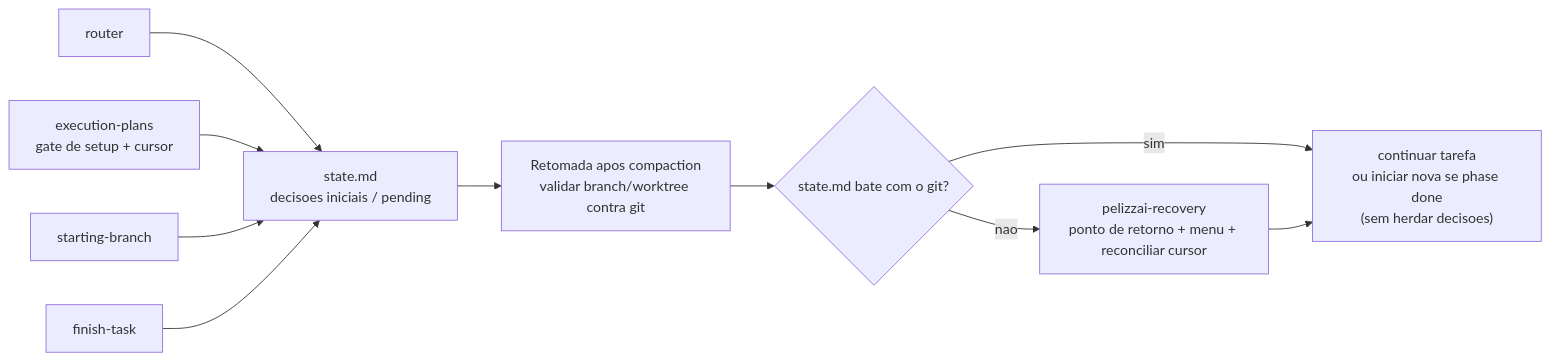
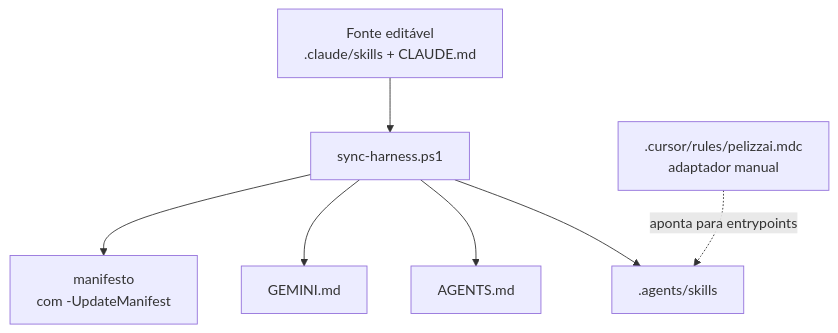
One commit to rpelizza/PelizzAI changed the fourth of 4 diagrams in README.md. Above: the diagram before and after it, drawn with Mermaid. The commit also changed other lines of this file and 103 other files, not shown here.

````diff
--- a/README.md
+++ b/README.md
@@ -405,13 +197,9 @@
 ```mermaid
-flowchart LR
-    RT["router"] --> ST["state.md<br/>decisoes iniciais / pending"]
-    EXP["execution-plans<br/>gate de setup + cursor"] --> ST
-    SB["starting-branch"] --> ST
-    FIN["finish-task"] --> ST
-
-    ST --> RESUME["Retomada apos compaction<br/>validar branch/worktree contra git"]
-    RESUME --> DIV{"state.md bate com o git?"}
-    DIV -- "sim" --> NEXT["continuar tarefa<br/>ou iniciar nova se phase done<br/>(sem herdar decisoes)"]
-    DIV -- "nao" --> REC["pelizzai-recovery<br/>ponto de retorno + menu + reconciliar cursor"]
-    REC --> NEXT
+flowchart TD
+    SRC["Fonte editável<br/>.claude/skills + CLAUDE.md"] --> SYNC["sync-harness.ps1"]
+    SYNC --> AS[".agents/skills"]
+    SYNC --> AG["AGENTS.md"]
+    SYNC --> GE["GEMINI.md"]
+    SYNC --> MF["manifesto<br/>com -UpdateManifest"]
+    CUR[".cursor/rules/pelizzai.mdc<br/>adaptador manual"] -.->|aponta para entrypoints| AS
 ```
````
